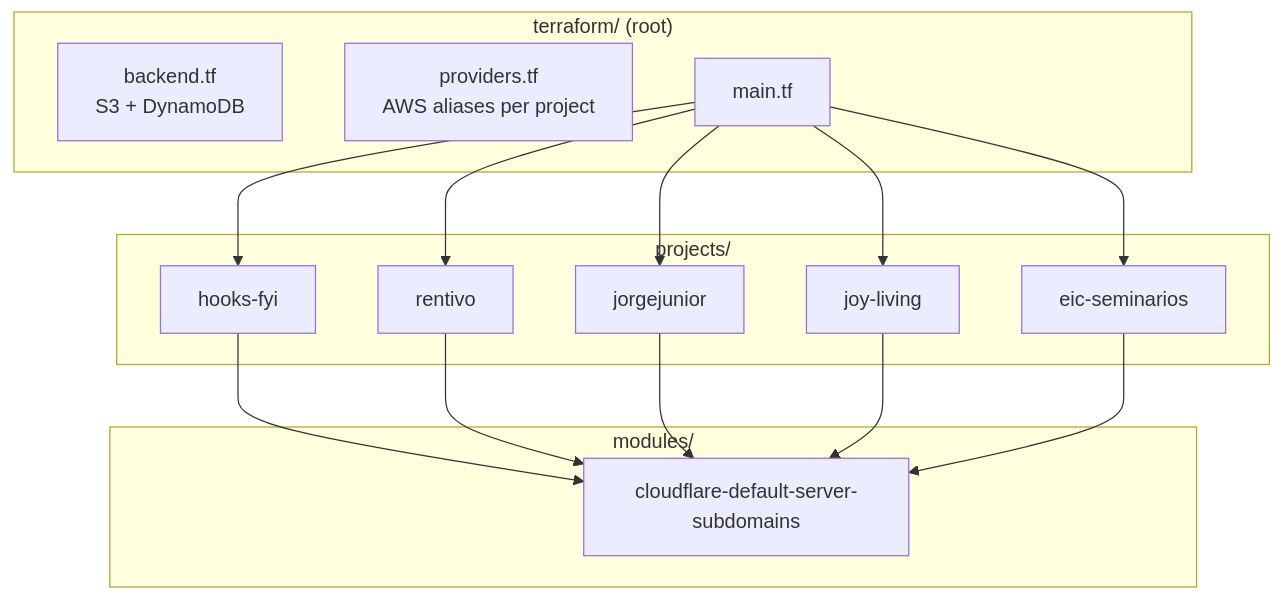
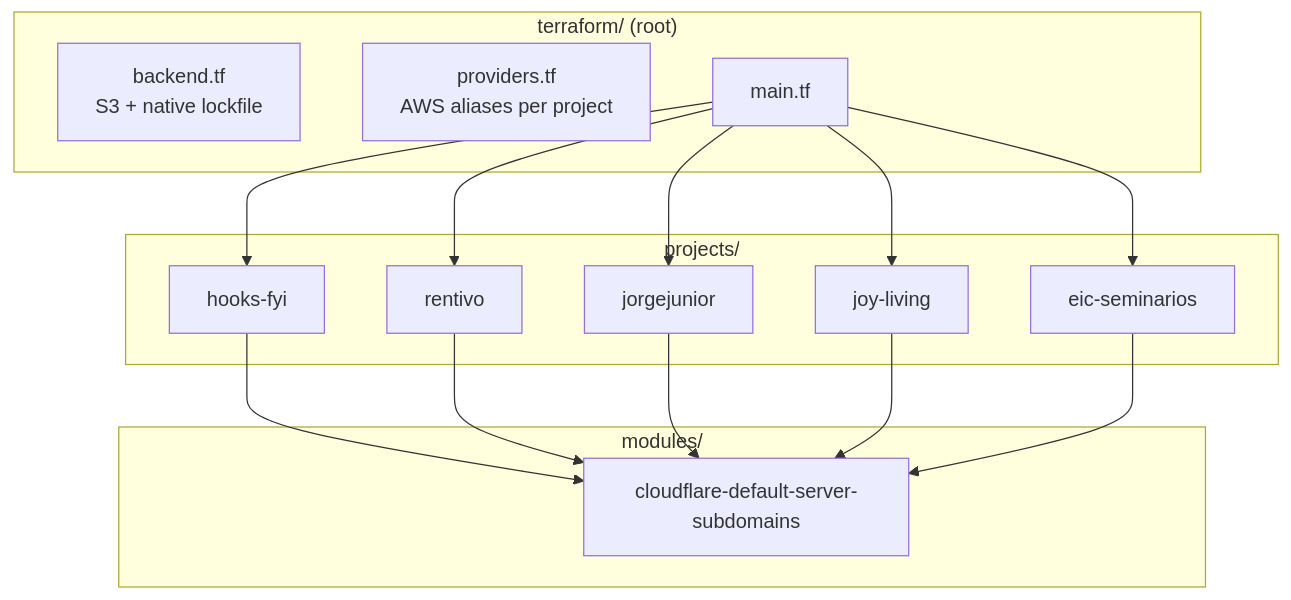
One commit to jorgejr568/infra-resources changed the second of 2 diagrams in README.md. Above: the diagram before and after it, drawn with Mermaid. The commit also changed 3 other files, not shown here.

First line of the commit message:
chore(tf): migrate s3 backend to native lockfile (#37)

````diff
--- a/README.md
+++ b/README.md
@@ -28,28 +28,28 @@
 ```mermaid
 flowchart TB
   subgraph Root["terraform/ (root)"]
-    backend["backend.tf<br/>S3 + DynamoDB"]
+    backend["backend.tf<br/>S3 + native lockfile"]
     providers["providers.tf<br/>AWS aliases per project"]
     main["main.tf"]
   end
   subgraph M["modules/"]
     cfp["cloudflare-default-server-subdomains"]
   end
   subgraph P["projects/"]
     hf["hooks-fyi"]
     rt["rentivo"]
     jj["jorgejunior"]
     jl["joy-living"]
     ei["eic-seminarios"]
   end
   main --> hf
   main --> rt
   main --> jj
   main --> jl
   main --> ei
   hf --> cfp
   rt --> cfp
   jj --> cfp
   jl --> cfp
   ei --> cfp
 ```
````
